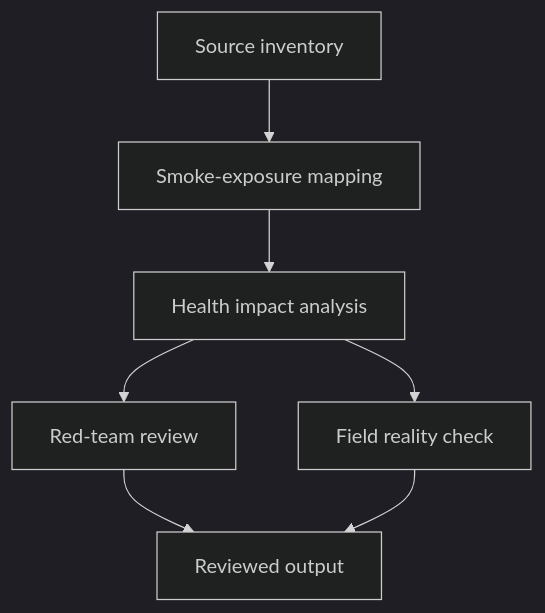
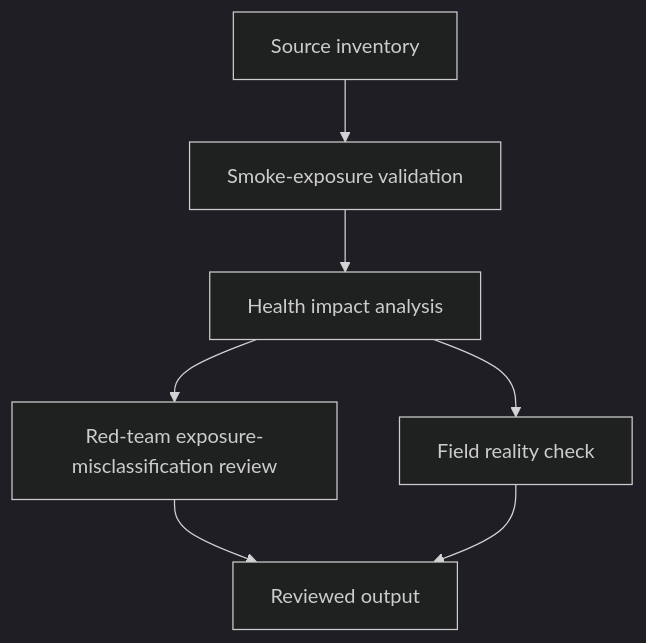
The diagram in problem-packs/air-quality/wildfire-smoke-health-global/task-map.md (Open-Problem-Lab/open-problem-lab), drawn with Mermaid (dark theme) before and after one commit. The commit also changed other lines of this file and 8 other files, not shown here.

````diff
--- a/problem-packs/air-quality/wildfire-smoke-health-global/task-map.md
+++ b/problem-packs/air-quality/wildfire-smoke-health-global/task-map.md
@@ -5,9 +9,9 @@
 ```mermaid
 flowchart TD
-  A["Source inventory"] --> B["Smoke-exposure mapping"]
+  A["Source inventory"] --> B["Smoke-exposure validation"]
   B --> C["Health impact analysis"]
-  C --> D["Red-team review"]
+  C --> D["Red-team exposure-misclassification review"]
   C --> E["Field reality check"]
   D --> F["Reviewed output"]
   E --> F
 ```
````
